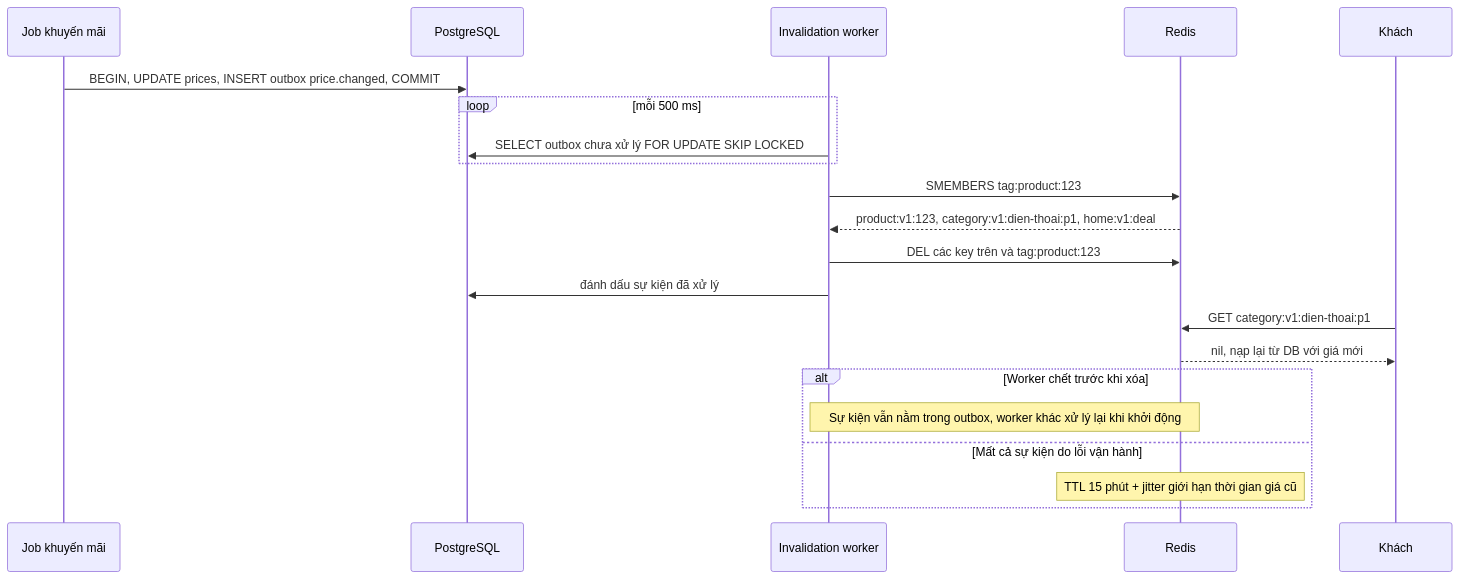
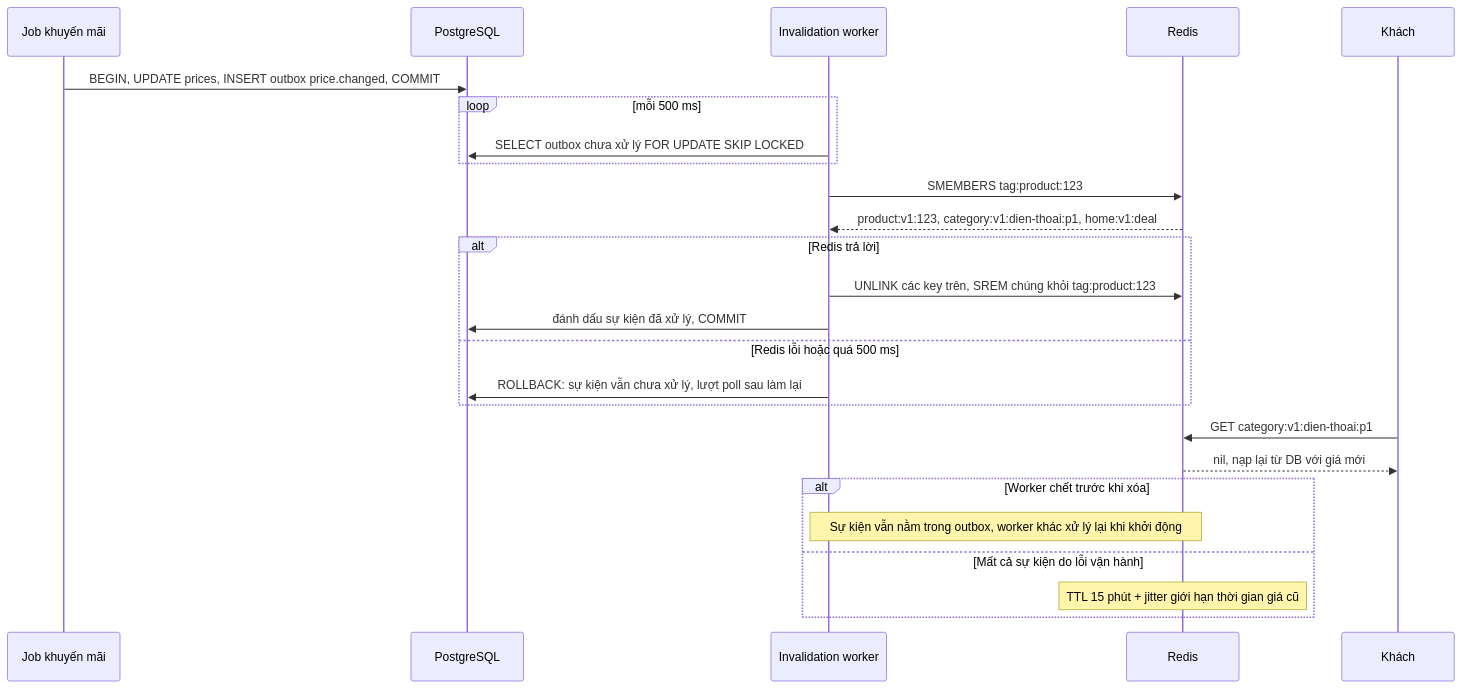
One commit to nguyenquochuy2311/system-design-nestjs changed the second of 2 diagrams in 03-backend-cache/02-ttl-va-invalidation-gia-doi-roi-khach-van-thay-gia-cu/README.md. Above: the diagram before and after it, drawn with Mermaid. The commit also changed other lines of this file and 51 other files, not shown here.

````diff
--- a/03-backend-cache/02-ttl-va-invalidation-gia-doi-roi-khach-van-thay-gia-cu/README.md
+++ b/03-backend-cache/02-ttl-va-invalidation-gia-doi-roi-khach-van-thay-gia-cu/README.md
@@ -71,23 +71,27 @@
 ```mermaid
 sequenceDiagram
   participant J as Job khuyến mãi
   participant DB as PostgreSQL
   participant W as Invalidation worker
   participant R as Redis
   participant KH as Khách
   J->>DB: BEGIN, UPDATE prices, INSERT outbox price.changed, COMMIT
   loop mỗi 500 ms
     W->>DB: SELECT outbox chưa xử lý FOR UPDATE SKIP LOCKED
   end
   W->>R: SMEMBERS tag:product:123
   R-->>W: product:v1:123, category:v1:dien-thoai:p1, home:v1:deal
-  W->>R: DEL các key trên và tag:product:123
-  W->>DB: đánh dấu sự kiện đã xử lý
+  alt Redis trả lời
+    W->>R: UNLINK các key trên, SREM chúng khỏi tag:product:123
+    W->>DB: đánh dấu sự kiện đã xử lý, COMMIT
+  else Redis lỗi hoặc quá 500 ms
+    W->>DB: ROLLBACK: sự kiện vẫn chưa xử lý, lượt poll sau làm lại
+  end
   KH->>R: GET category:v1:dien-thoai:p1
   R-->>KH: nil, nạp lại từ DB với giá mới
   alt Worker chết trước khi xóa
     Note over W,R: Sự kiện vẫn nằm trong outbox, worker khác xử lý lại khi khởi động
   else Mất cả sự kiện do lỗi vận hành
     Note over R: TTL 15 phút + jitter giới hạn thời gian giá cũ
   end
 ```
````
